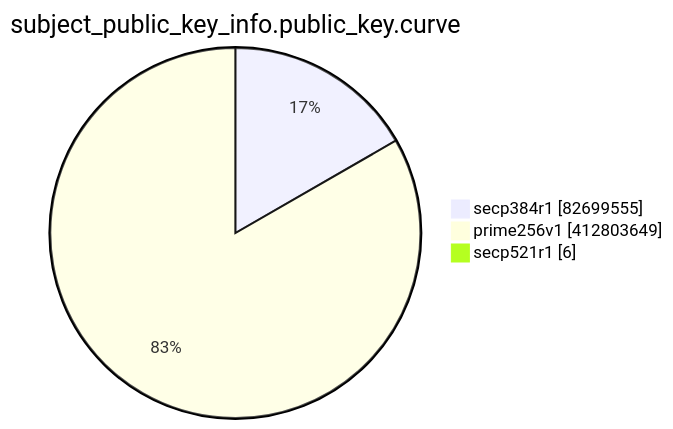
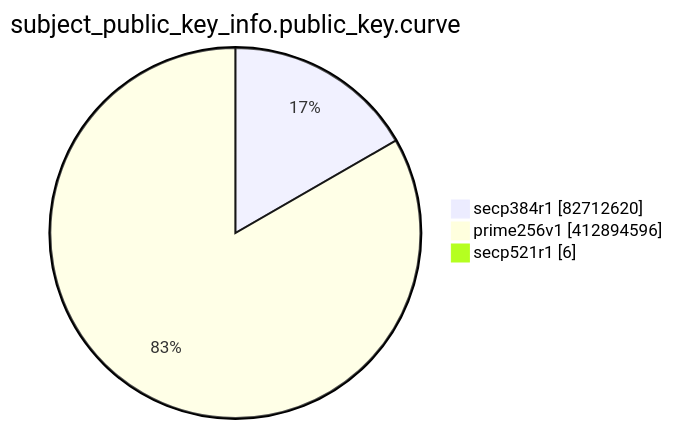
One commit to christiankrug/ctmonitor_visualization changed the eighth of 15 diagrams in TOTAL/README.md. Above: the diagram before and after it, drawn with Mermaid. The commit also changed other lines of this file, not shown here.

````diff
--- a/TOTAL/README.md
+++ b/TOTAL/README.md
@@ -3098,7 +3098,7 @@
 ```mermaid
 pie showData
 title subject_public_key_info.public_key.curve
-"secp384r1" :82699555
-"prime256v1" :412803649
+"secp384r1" :82712620
+"prime256v1" :412894596
 "secp521r1" :6
 ```
````
